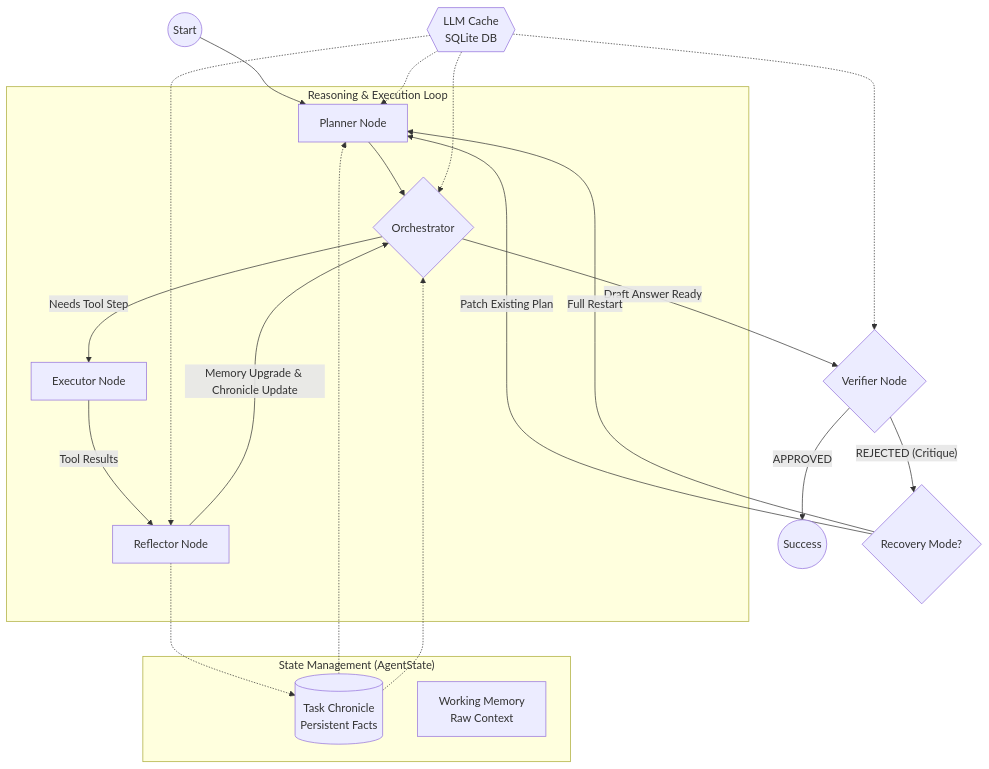
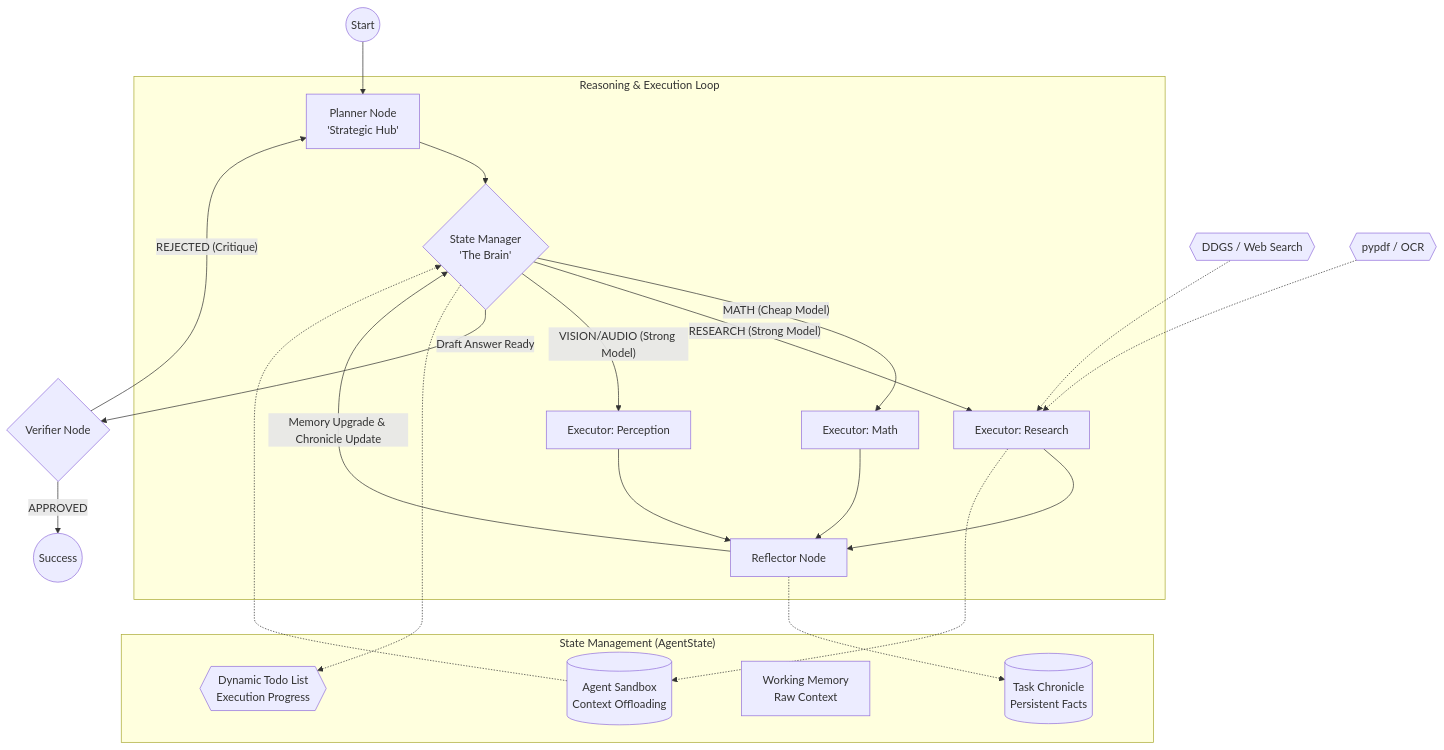
Before and after one commit to yc1838/huggingface-agents-course-final: the diagram in docs/architecture.md, drawn with Mermaid. The commit also changed other lines of this file and 22 other files, not shown here.

First line of the commit message:
feat(agent): integrate state manager, dynamic todos, and DDGS search for multi-expert routing

````diff
--- a/docs/architecture.md
+++ b/docs/architecture.md
@@ -5,38 +5,44 @@
 ```mermaid
 graph TD
     %% Entry Point
-    Start((Start)) --> Planner[Planner Node]
+    Start((Start)) --> Planner[Planner Node\n'Strategic Hub']
 
     %% Main Reasoning Loop
     subgraph "Reasoning & Execution Loop"
-        Planner --> Orchestrator{Orchestrator}
-        Orchestrator -- "Needs Tool Step" --> Executor[Executor Node]
-        Executor -- "Tool Results" --> Reflector[Reflector Node]
-        Reflector -- "Memory Upgrade & Chronicle Update" --> Orchestrator
+        Planner --> StateManager{State Manager\n'The Brain'}
+        
+        %% Multi-Expert Routing
+        StateManager -- "MATH (Cheap Model)" --> ExecMath[Executor: Math]
+        StateManager -- "RESEARCH (Strong Model)" --> ExecResearch[Executor: Research]
+        StateManager -- "VISION/AUDIO (Strong Model)" --> ExecVision[Executor: Perception]
+        
+        ExecMath --> Reflector[Reflector Node]
+        ExecResearch --> Reflector
+        ExecVision --> Reflector
+        
+        Reflector -- "Memory Upgrade & Chronicle Update" --> StateManager
     end
 
     %% State & Memory Management
     subgraph "State Management (AgentState)"
         Chronicle[(Task Chronicle\nPersistent Facts)]
+        TodoList{{Dynamic Todo List\nExecution Progress}}
         WorkingMemory[Working Memory\nRaw Context]
+        Filesystem[(Agent Sandbox\nContext Offloading)]
     end
 
     %% Verification & Recovery
-    Orchestrator -- "Draft Answer Ready" --> Verifier{Verifier Node}
+    StateManager -- "Draft Answer Ready" --> Verifier{Verifier Node}
     Verifier -- "APPROVED" --> End((Success))
-    Verifier -- "REJECTED (Critique)" --> Recovery{Recovery Mode?}
+    Verifier -- "REJECTED (Critique)" --> Planner
     
-    Recovery -- "Patch Existing Plan" --> Planner
-    Recovery -- "Full Restart" --> Planner
-
     %% Data Flow Connections
     Reflector -.-> Chronicle
-    Chronicle -.-> Planner
-    Chronicle -.-> Orchestrator
+    StateManager -.-> TodoList
+    ExecResearch -.-> Filesystem
+    Filesystem -.-> StateManager
     
-    %% Cache Layer
-    LLMCache{{LLM Cache\nSQLite DB}} -.-> Planner
-    LLMCache -.-> Orchestrator
-    LLMCache -.-> Reflector
-    LLMCache -.-> Verifier
+    %% Tool Layer
+    DDGS{{DDGS / Web Search}} -.-> ExecResearch
+    Pypdf{{pypdf / OCR}} -.-> ExecResearch
 ```
````
